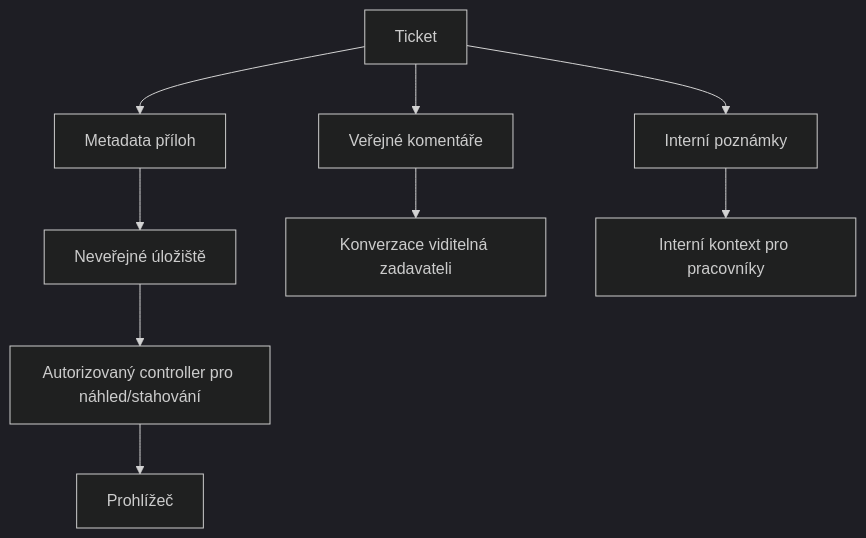
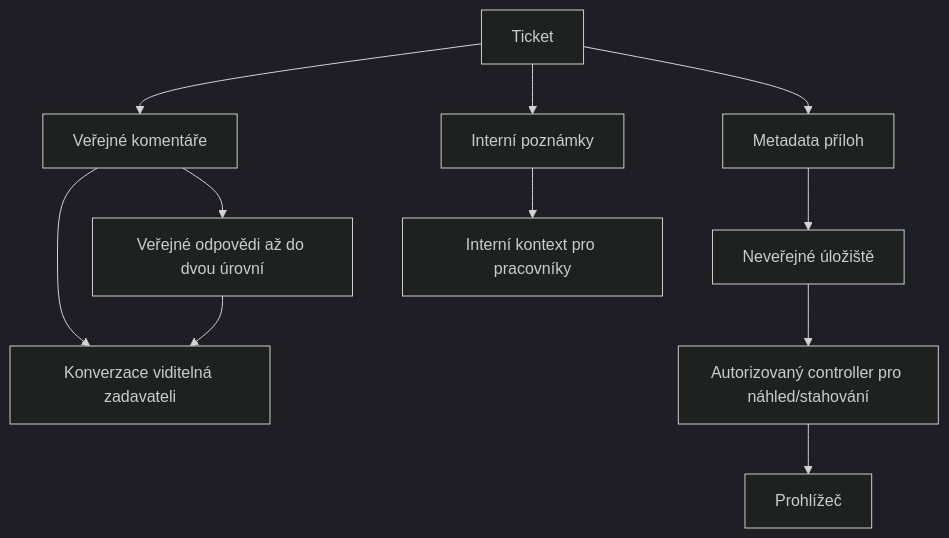
Before and after one commit to MisakCZ/purelydesk: the fourth of 5 diagrams in docs/cs/architecture.md, drawn with Mermaid (dark theme). The commit also changed other lines of this file and 20 other files, not shown here.

````diff
--- a/docs/cs/architecture.md
+++ b/docs/cs/architecture.md
@@ -93,11 +93,13 @@
 ```mermaid
 flowchart TD
     Ticket[Ticket] --> PublicComments[Veřejné komentáře]
     Ticket --> InternalNotes[Interní poznámky]
     Ticket --> AttachmentMetadata[Metadata příloh]
     AttachmentMetadata --> PrivateStorage[Neveřejné úložiště]
+    PublicComments --> PublicReplies[Veřejné odpovědi až do dvou úrovní]
     PublicComments --> RequesterVisible[Konverzace viditelná zadavateli]
+    PublicReplies --> RequesterVisible
     InternalNotes --> StaffOnly[Interní kontext pro pracovníky]
     PrivateStorage --> Controller[Autorizovaný controller pro náhled/stahování]
     Controller --> Browser[Prohlížeč]
 ```
````
